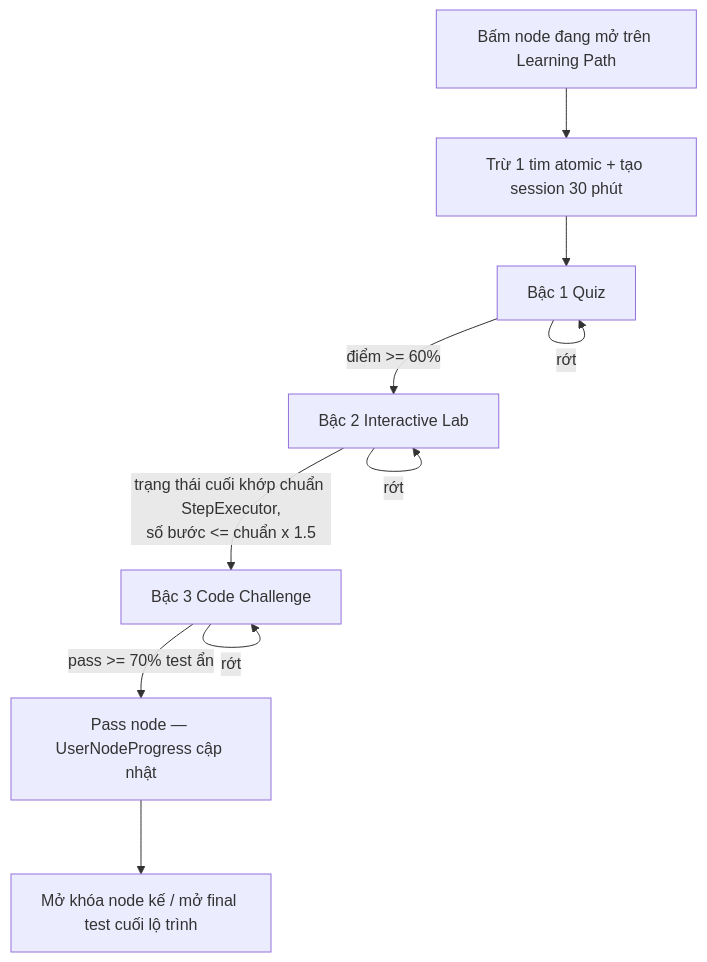
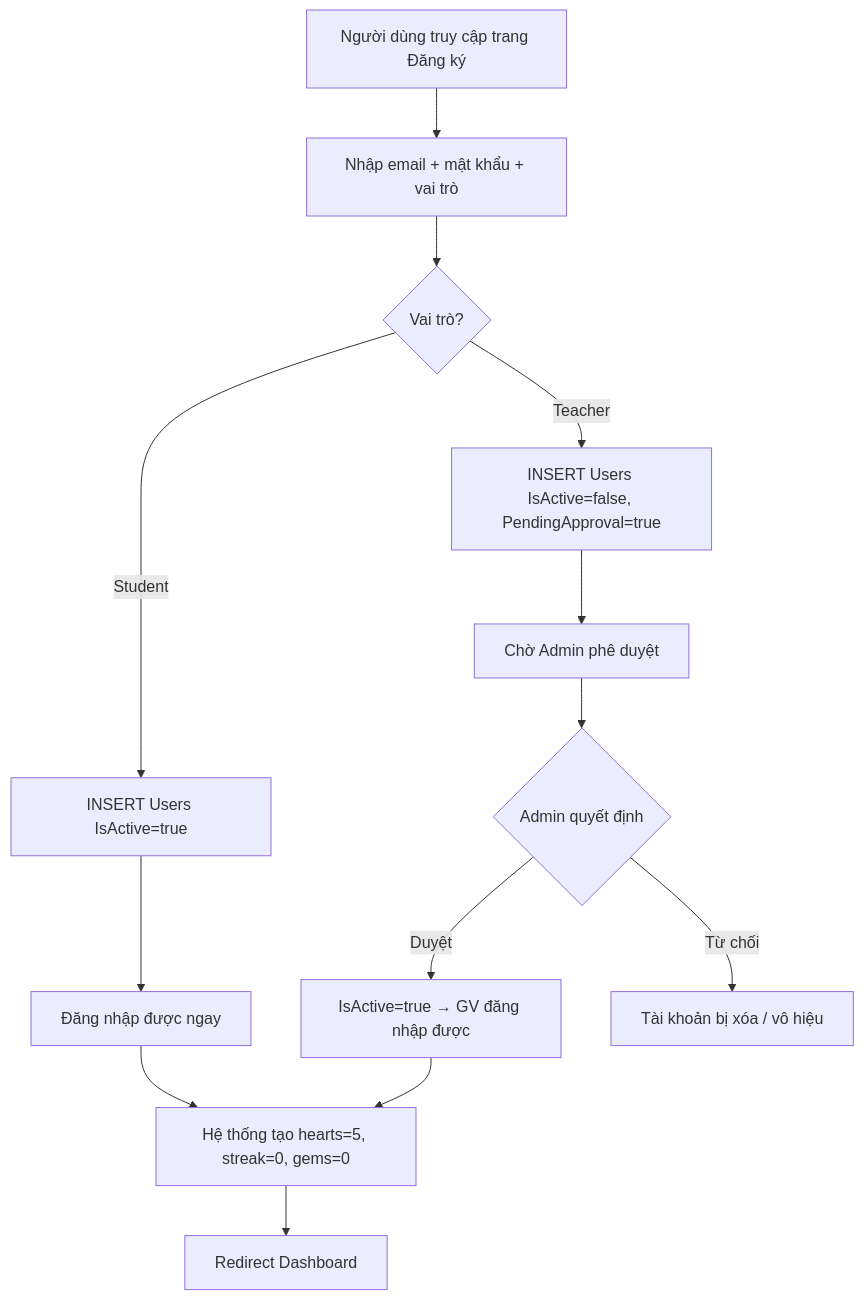
Before and after one commit to Tqson3118/Visualization: diagram 16 of 19 in tailieu/BAO_CAO.md, drawn with Mermaid. The commit also changed other lines of this file and 1 other file, not shown here.

Commit message:
docs: add 8 sequence + 4 activity diagrams to BAO_CAO (Mermaid, sections 5.4.3-5.4.4)

````diff
--- a/tailieu/BAO_CAO.md
+++ b/tailieu/BAO_CAO.md
@@ -1710,12 +1057,15 @@
 ```mermaid
 flowchart TD
-    A[Bấm node đang mở trên Learning Path] --> B[Trừ 1 tim atomic + tạo session 30 phút]
-    B --> C[Bậc 1 Quiz]
-    C -->|điểm >= 60%| D[Bậc 2 Interactive Lab]
-    C -->|rớt| C
-    D -->|trạng thái cuối khớp chuẩn StepExecutor,<br/>số bước <= chuẩn x 1.5| E[Bậc 3 Code Challenge]
-    D -->|rớt| D
-    E -->|pass >= 70% test ẩn| F[Pass node — UserNodeProgress cập nhật]
-    E -->|rớt| E
-    F --> G[Mở khóa node kế / mở final test cuối lộ trình]
+    A[Người dùng truy cập trang Đăng ký] --> B[Nhập email + mật khẩu + vai trò]
+    B --> C{Vai trò?}
+    C -->|Student| D[INSERT Users IsActive=true]
+    C -->|Teacher| E[INSERT Users IsActive=false, PendingApproval=true]
+    D --> F[Đăng nhập được ngay]
+    E --> G[Chờ Admin phê duyệt]
+    G --> H{Admin quyết định}
+    H -->|Duyệt| I[IsActive=true → GV đăng nhập được]
+    H -->|Từ chối| J[Tài khoản bị xóa / vô hiệu]
+    F --> K[Hệ thống tạo hearts=5, streak=0, gems=0]
+    I --> K
+    K --> L[Redirect Dashboard]
 ```
````
